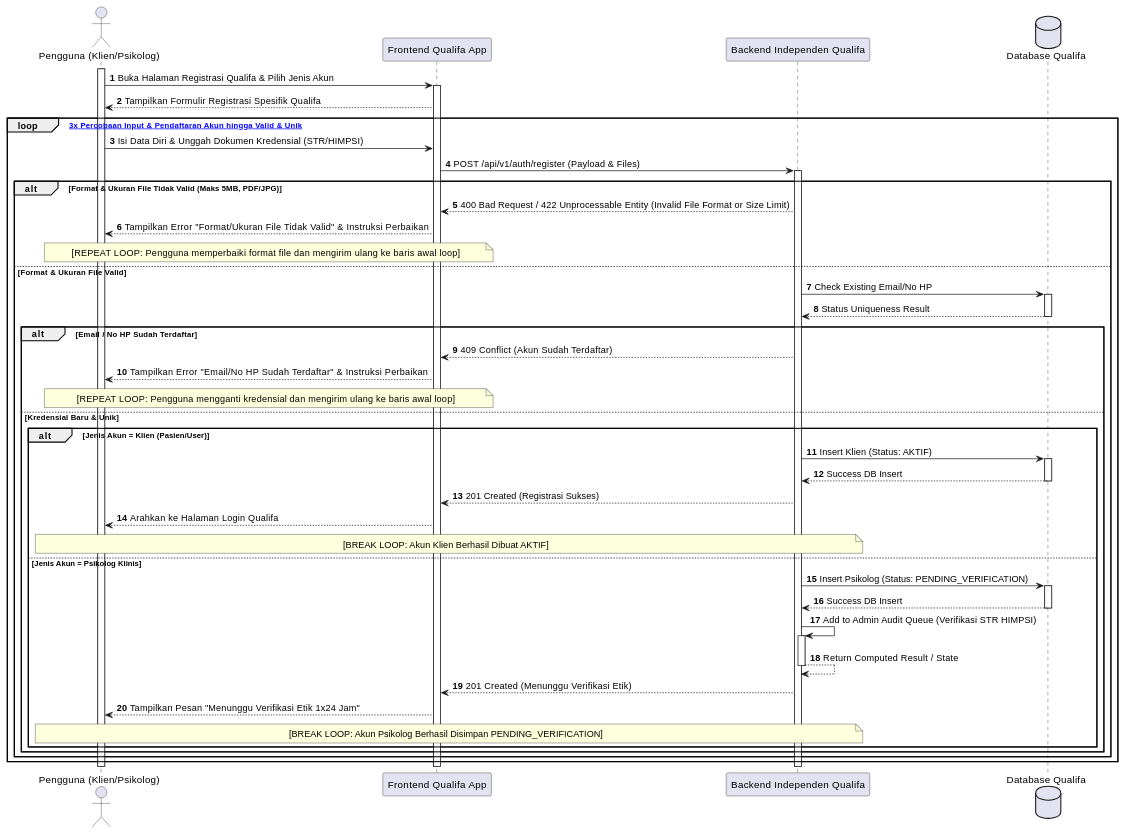
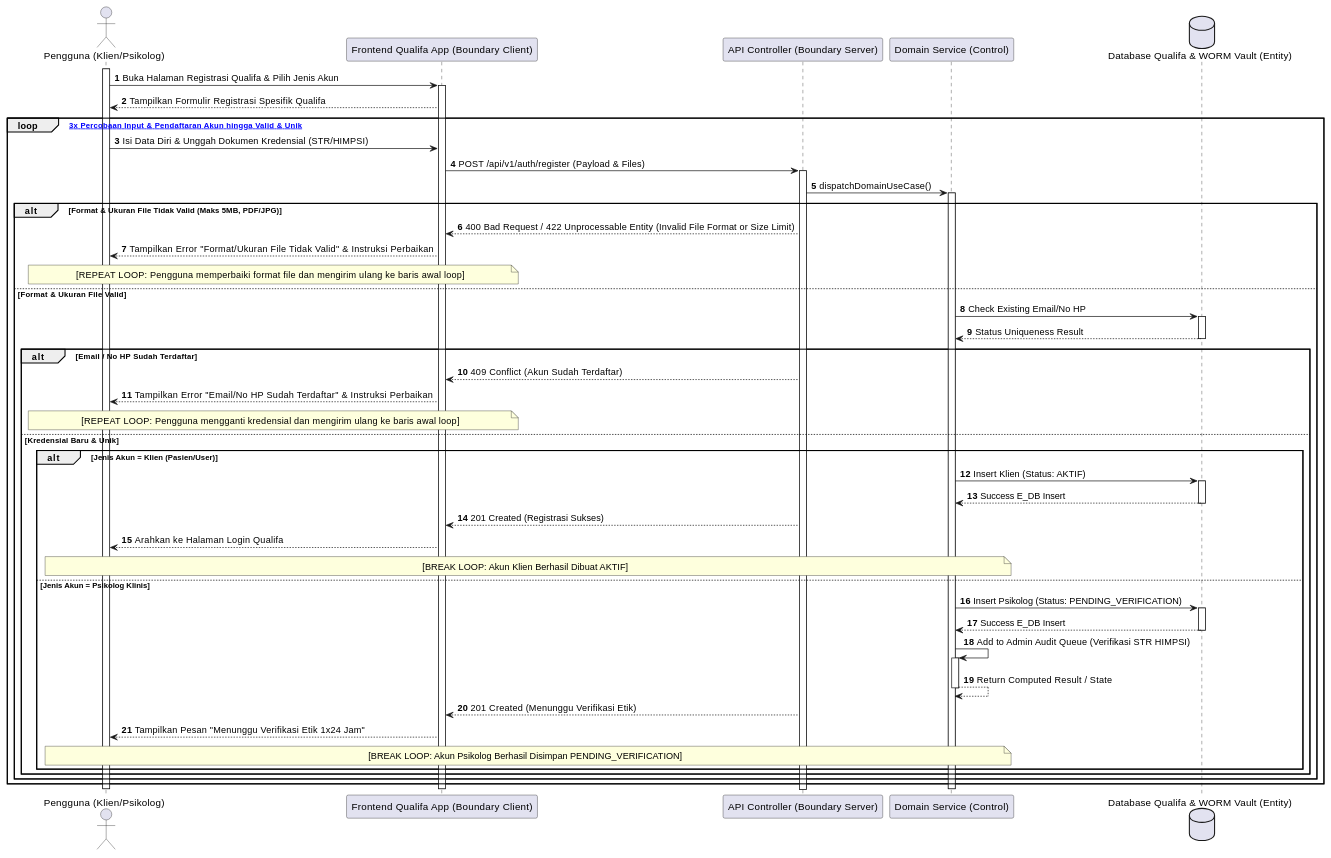
Diagram 17 of 28 in MarkDown/plantuml_sequence_diagrams.md (tupperwureism/SuperApp-Gagal), drawn with PlantUML before and after one commit. The commit also changed other lines of this file and 1 other file, not shown here.

Commit message:
refactor(sequence-diagrams): upgrade all 28 Sequence Diagrams to Component-Level 5-Lifeline BCE Architecture

````diff
--- a/MarkDown/plantuml_sequence_diagrams.md
+++ b/MarkDown/plantuml_sequence_diagrams.md
@@ -1293,51 +1120,54 @@
 ```plantuml
 @startuml
 autonumber
 actor "Pengguna (Klien/Psikolog)" as User
-participant "Frontend Qualifa App" as FE
-participant "Backend Independen Qualifa" as BE
-database "Database Qualifa" as DB
+participant "Frontend Qualifa App (Boundary Client)" as B_FE
+participant "API Controller (Boundary Server)" as B_BE
+participant "Domain Service (Control)" as C_Svc
+participant "Backend Independen Qualifa" as C_Svc
+database "Database Qualifa & WORM Vault (Entity)" as E_DB
 
 activate User
-User -> FE ++ : Buka Halaman Registrasi Qualifa & Pilih Jenis Akun
-FE --> User : Tampilkan Formulir Registrasi Spesifik Qualifa
+User -> B_FE ++ : Buka Halaman Registrasi Qualifa & Pilih Jenis Akun
+B_FE --> User : Tampilkan Formulir Registrasi Spesifik Qualifa
 loop [Maksimal 3x Percobaan Input & Pendaftaran Akun hingga Valid & Unik]
-    User -> FE : Isi Data Diri & Unggah Dokumen Kredensial (STR/HIMPSI)
-    FE -> BE ++ : POST /api/v1/auth/register (Payload & Files)
+    User -> B_FE : Isi Data Diri & Unggah Dokumen Kredensial (STR/HIMPSI)
+    B_FE -> B_BE ++ : POST /api/v1/auth/register (Payload & Files)
+    B_BE -> C_Svc ++ : dispatchDomainUseCase()
 
     alt Format & Ukuran File Tidak Valid (Maks 5MB, PDF/JPG)
-        BE --> FE : 400 Bad Request / 422 Unprocessable Entity (Invalid File Format or Size Limit)
-        FE --> User : Tampilkan Error "Format/Ukuran File Tidak Valid" & Instruksi Perbaikan
-        note over User, FE : [REPEAT LOOP: Pengguna memperbaiki format file dan mengirim ulang ke baris awal loop]
+        B_BE --> B_FE : 400 Bad Request / 422 Unprocessable Entity (Invalid File Format or Size Limit)
+        B_FE --> User : Tampilkan Error "Format/Ukuran File Tidak Valid" & Instruksi Perbaikan
+        note over User, B_FE : [REPEAT LOOP: Pengguna memperbaiki format file dan mengirim ulang ke baris awal loop]
     else Format & Ukuran File Valid
-        BE -> DB ++ : Check Existing Email/No HP
-        DB --> BE -- : Status Uniqueness Result
+        C_Svc -> E_DB ++ : Check Existing Email/No HP
+        E_DB --> C_Svc -- : Status Uniqueness Result
 
         alt Email / No HP Sudah Terdaftar
-            BE --> FE : 409 Conflict (Akun Sudah Terdaftar)
-            FE --> User : Tampilkan Error "Email/No HP Sudah Terdaftar" & Instruksi Perbaikan
-            note over User, FE : [REPEAT LOOP: Pengguna mengganti kredensial dan mengirim ulang ke baris awal loop]
+            B_BE --> B_FE : 409 Conflict (Akun Sudah Terdaftar)
+            B_FE --> User : Tampilkan Error "Email/No HP Sudah Terdaftar" & Instruksi Perbaikan
+            note over User, B_FE : [REPEAT LOOP: Pengguna mengganti kredensial dan mengirim ulang ke baris awal loop]
         else Kredensial Baru & Unik
             alt Jenis Akun = Klien (Pasien/User)
-                BE -> DB ++ : Insert Klien (Status: AKTIF)
-                DB --> BE -- : Success DB Insert
-                BE --> FE : 201 Created (Registrasi Sukses)
-                FE --> User : Arahkan ke Halaman Login Qualifa
-                note over User, BE : [BREAK LOOP: Akun Klien Berhasil Dibuat AKTIF]
+                C_Svc -> E_DB ++ : Insert Klien (Status: AKTIF)
+                E_DB --> C_Svc -- : Success E_DB Insert
+                B_BE --> B_FE : 201 Created (Registrasi Sukses)
+                B_FE --> User : Arahkan ke Halaman Login Qualifa
+                note over User, C_Svc : [BREAK LOOP: Akun Klien Berhasil Dibuat AKTIF]
             else Jenis Akun = Psikolog Klinis
-                BE -> DB ++ : Insert Psikolog (Status: PENDING_VERIFICATION)
-                DB --> BE -- : Success DB Insert
-                BE -> BE ++ : Add to Admin Audit Queue (Verifikasi STR HIMPSI)
-                BE --> BE -- : Return Computed Result / State
-                BE --> FE : 201 Created (Menunggu Verifikasi Etik)
-                FE --> User : Tampilkan Pesan "Menunggu Verifikasi Etik 1x24 Jam"
-                note over User, BE : [BREAK LOOP: Akun Psikolog Berhasil Disimpan PENDING_VERIFICATION]
+                C_Svc -> E_DB ++ : Insert Psikolog (Status: PENDING_VERIFICATION)
+                E_DB --> C_Svc -- : Success E_DB Insert
+                C_Svc -> C_Svc ++ : Add to Admin Audit Queue (Verifikasi STR HIMPSI)
+                C_Svc --> C_Svc -- : Return Computed Result / State
+                B_BE --> B_FE : 201 Created (Menunggu Verifikasi Etik)
+                B_FE --> User : Tampilkan Pesan "Menunggu Verifikasi Etik 1x24 Jam"
+                note over User, C_Svc : [BREAK LOOP: Akun Psikolog Berhasil Disimpan PENDING_VERIFICATION]
             end
         end
     end
 end
-deactivate BE
-deactivate FE
+deactivate C_Svc
+deactivate B_FE
 deactivate User
 @enduml
 ```
````
